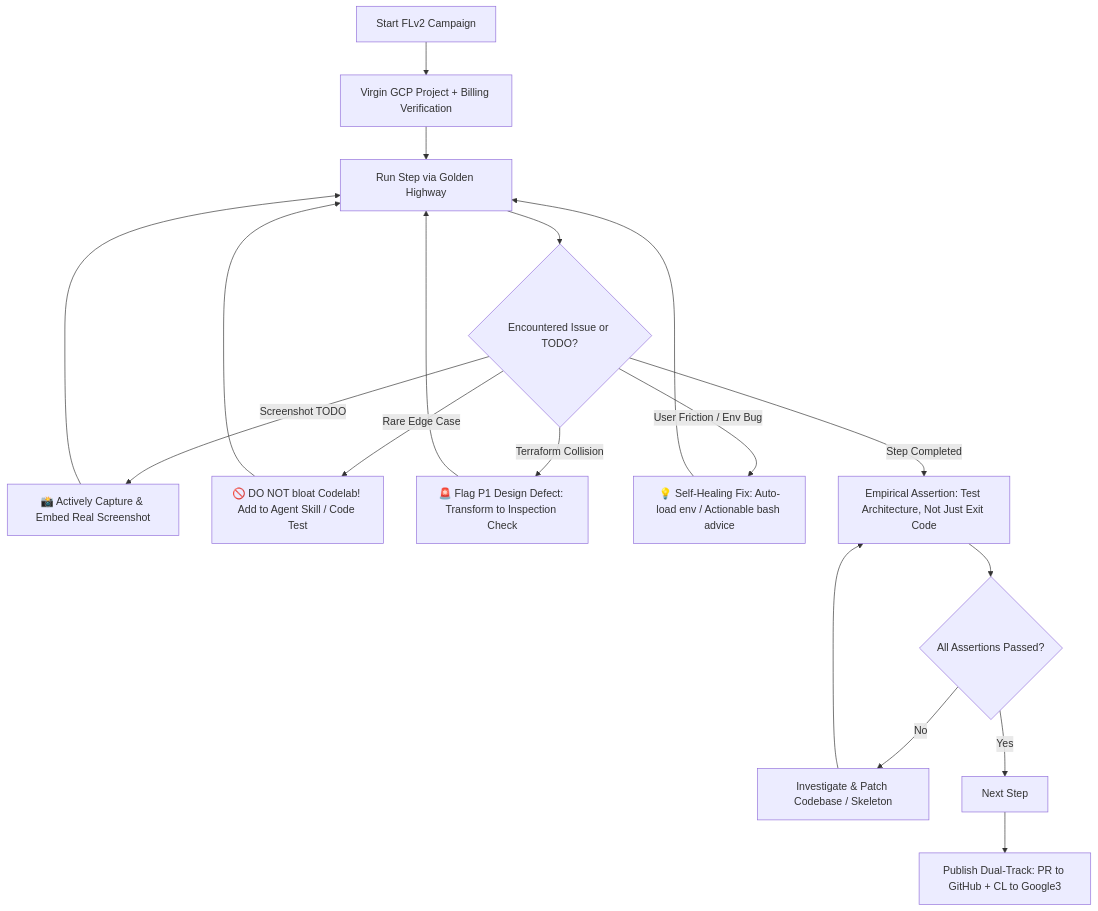
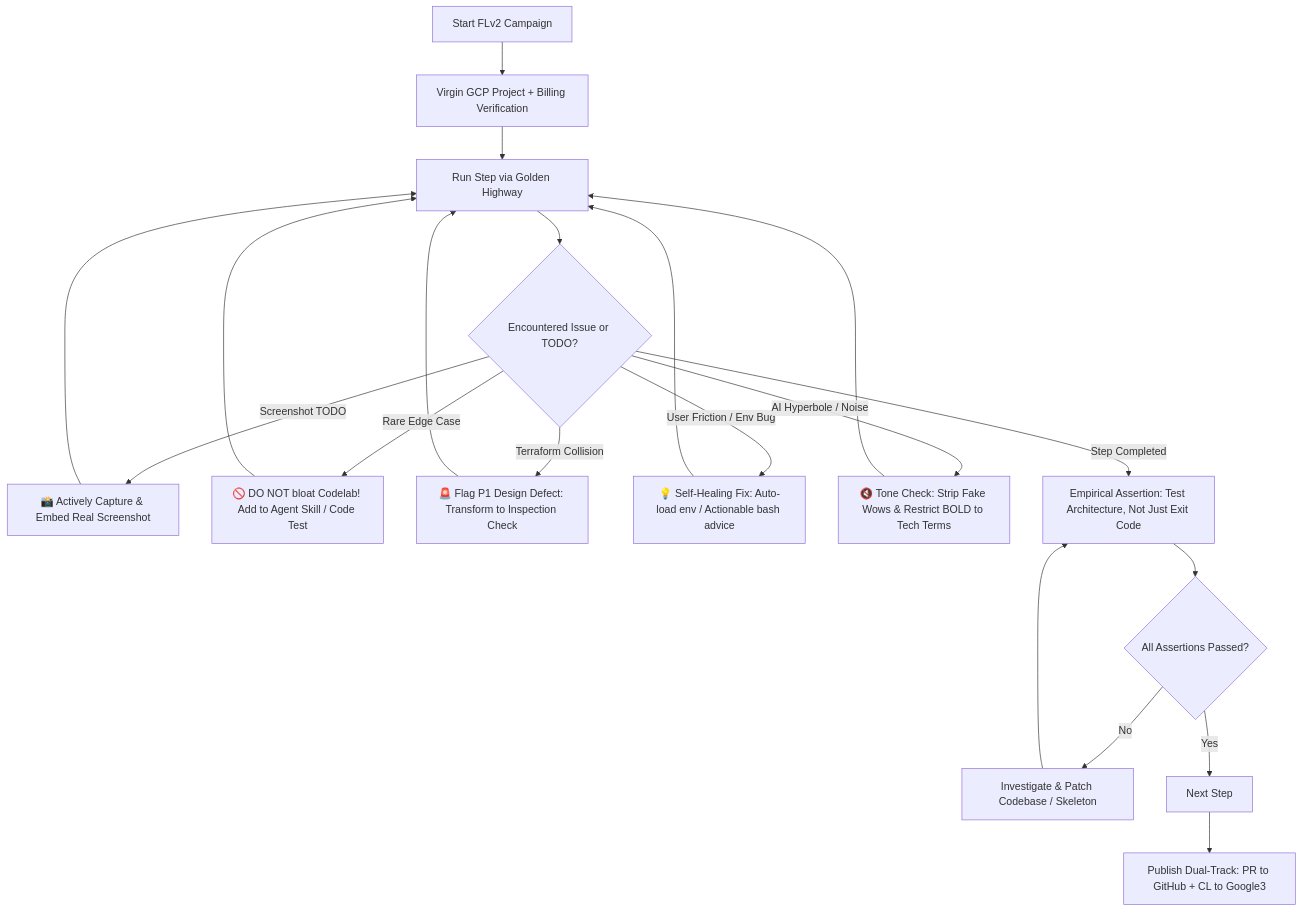
Before and after one commit to palladius/rails8-app-on-gcp: the diagram in docs/investigations/20260923-fl100-lessons-learned.md, drawn with Mermaid. The commit also changed other lines of this file, not shown here.

Commit message:
docs(investigation): add Sin 7 (Self-Talking AI, Sobriety, Bold for Technical Terms)

````diff
--- a/docs/investigations/20260923-fl100-lessons-learned.md
+++ b/docs/investigations/20260923-fl100-lessons-learned.md
@@ -86,25 +96,28 @@
 ```mermaid
 flowchart TD
     A[Start FLv2 Campaign] --> B[Virgin GCP Project + Billing Verification]
     B --> C[Run Step via Golden Highway]
     C --> D{Encountered Issue or TODO?}
     
     D -- Screenshot TODO --> E[📸 Actively Capture & Embed Real Screenshot]
     E --> C
     
     D -- Rare Edge Case --> F[🚫 DO NOT bloat Codelab! Add to Agent Skill / Code Test]
     F --> C
     
     D -- Terraform Collision --> G[🚨 Flag P1 Design Defect: Transform to Inspection Check]
     G --> C
 
     D -- User Friction / Env Bug --> H[💡 Self-Healing Fix: Auto-load env / Actionable bash advice]
     H --> C
     
-    D -- Step Completed --> I[Empirical Assertion: Test Architecture, Not Just Exit Code]
-    I --> J{All Assertions Passed?}
-    J -- No --> K[Investigate & Patch Codebase / Skeleton]
-    K --> I
-    J -- Yes --> L[Next Step]
-    L --> M[Publish Dual-Track: PR to GitHub + CL to Google3]
+    D -- AI Hyperbole / Noise --> I[🔇 Tone Check: Strip Fake Wows & Restrict BOLD to Tech Terms]
+    I --> C
+    
+    D -- Step Completed --> J[Empirical Assertion: Test Architecture, Not Just Exit Code]
+    J --> K{All Assertions Passed?}
+    K -- No --> L[Investigate & Patch Codebase / Skeleton]
+    L --> J
+    K -- Yes --> M[Next Step]
+    M --> N[Publish Dual-Track: PR to GitHub + CL to Google3]
 ```
````
